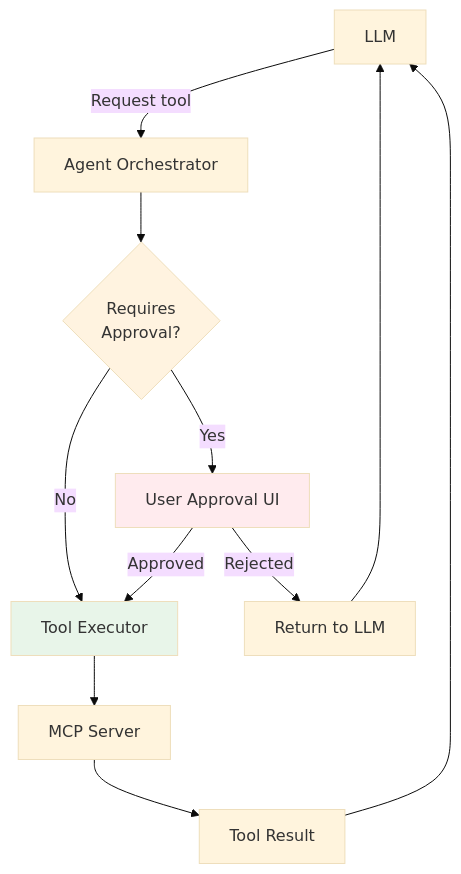
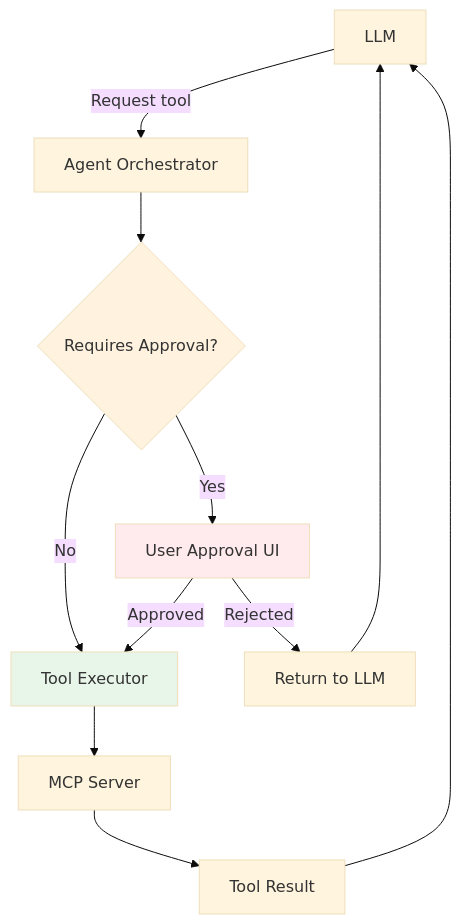
One commit to softwarewrighter/emacs-agent changed the first of 7 diagrams in wiki/Tool-System.md. Above: the diagram before and after it, drawn with Mermaid (base theme). The commit also changed other lines of this file and 7 other files, not shown here.

First line of the commit message:
Fix wiki Mermaid diagrams: remove <br/> tags

````diff
--- a/wiki/Tool-System.md
+++ b/wiki/Tool-System.md
@@ -9,21 +9,21 @@
 ```mermaid
 graph TB
     LLM[LLM] -->|Request tool| ORCHESTRATOR[Agent Orchestrator]
-    ORCHESTRATOR --> APPROVAL{Requires<br/>Approval?}
+    ORCHESTRATOR --> APPROVAL{Requires Approval?}
 
     APPROVAL -->|No| EXECUTOR[Tool Executor]
     APPROVAL -->|Yes| USER_PROMPT[User Approval UI]
 
     USER_PROMPT -->|Approved| EXECUTOR
     USER_PROMPT -->|Rejected| REJECT[Return to LLM]
 
     EXECUTOR --> MCP[MCP Server]
     MCP --> RESULT[Tool Result]
     RESULT --> LLM
 
     REJECT --> LLM
 
     style APPROVAL fill:#fff3e0
     style USER_PROMPT fill:#ffebee
     style EXECUTOR fill:#e8f5e9
 ```
````
